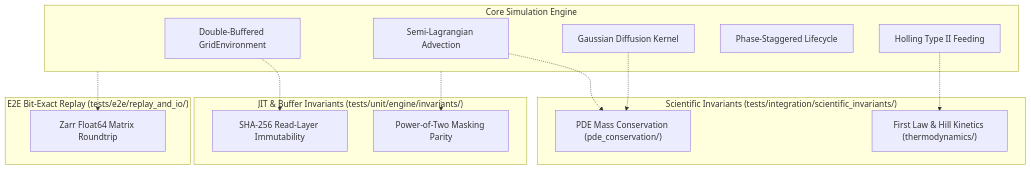
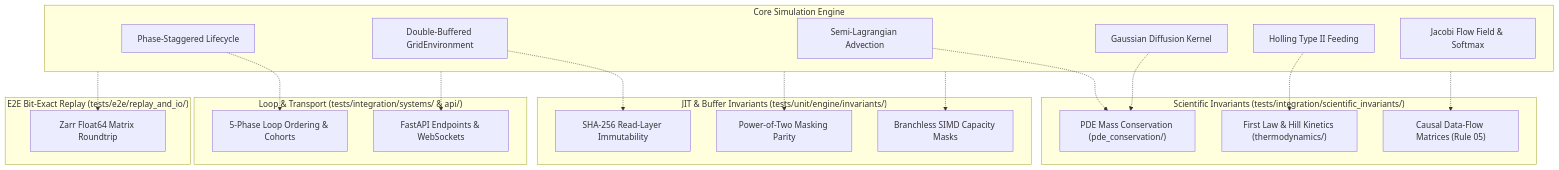
Before and after one commit to foersben/PHIDS: the first of 5 diagrams in docs/technical_architecture/testing_architecture.md, drawn with Mermaid. The commit also changed other lines of this file, not shown here.

Commit message:
docs(technical_architecture): modernize testing architecture with two-pass Numba methodology, Rule 05 parity, and taxonomy parity

````diff
--- a/docs/technical_architecture/testing_architecture.md
+++ b/docs/technical_architecture/testing_architecture.md
@@ -111,31 +183,43 @@
 ```mermaid
 graph TD
     subgraph Engine["Core Simulation Engine"]
         Advection["Semi-Lagrangian Advection"]
         Diffusion["Gaussian Diffusion Kernel"]
         Feeding["Holling Type II Feeding"]
         Lifecycle["Phase-Staggered Lifecycle"]
         DoubleBuffer["Double-Buffered GridEnvironment"]
+        FlowField["Jacobi Flow Field & Softmax"]
     end
 
     subgraph Scientific_Invariants["Scientific Invariants (tests/integration/scientific_invariants/)"]
         PDE["PDE Mass Conservation (pde_conservation/)"]
         Thermo["First Law & Hill Kinetics (thermodynamics/)"]
+        Matrices["Causal Data-Flow Matrices (Rule 05)"]
     end
 
     subgraph JIT_Invariants["JIT & Buffer Invariants (tests/unit/engine/invariants/)"]
         ReadImmutability["SHA-256 Read-Layer Immutability"]
         JITParity["Power-of-Two Masking Parity"]
+        CapacityMask["Branchless SIMD Capacity Masks"]
+    end
+
+    subgraph Loop_Integration["Loop & Transport (tests/integration/systems/ & api/)"]
+        FivePhase["5-Phase Loop Ordering & Cohorts"]
+        APIRoutes["FastAPI Endpoints & WebSockets"]
     end
 
     subgraph Replay_IO["E2E Bit-Exact Replay (tests/e2e/replay_and_io/)"]
         ZarrReplay["Zarr Float64 Matrix Roundtrip"]
     end
 
     Advection -.-> PDE
     Diffusion -.-> PDE
     Feeding -.-> Thermo
     DoubleBuffer -.-> ReadImmutability
     Engine -.-> JITParity
+    Engine -.-> CapacityMask
+    Lifecycle -.-> FivePhase
+    Engine -.-> Matrices
     Engine -.-> ZarrReplay
+    Engine -.-> APIRoutes
 ```
````
